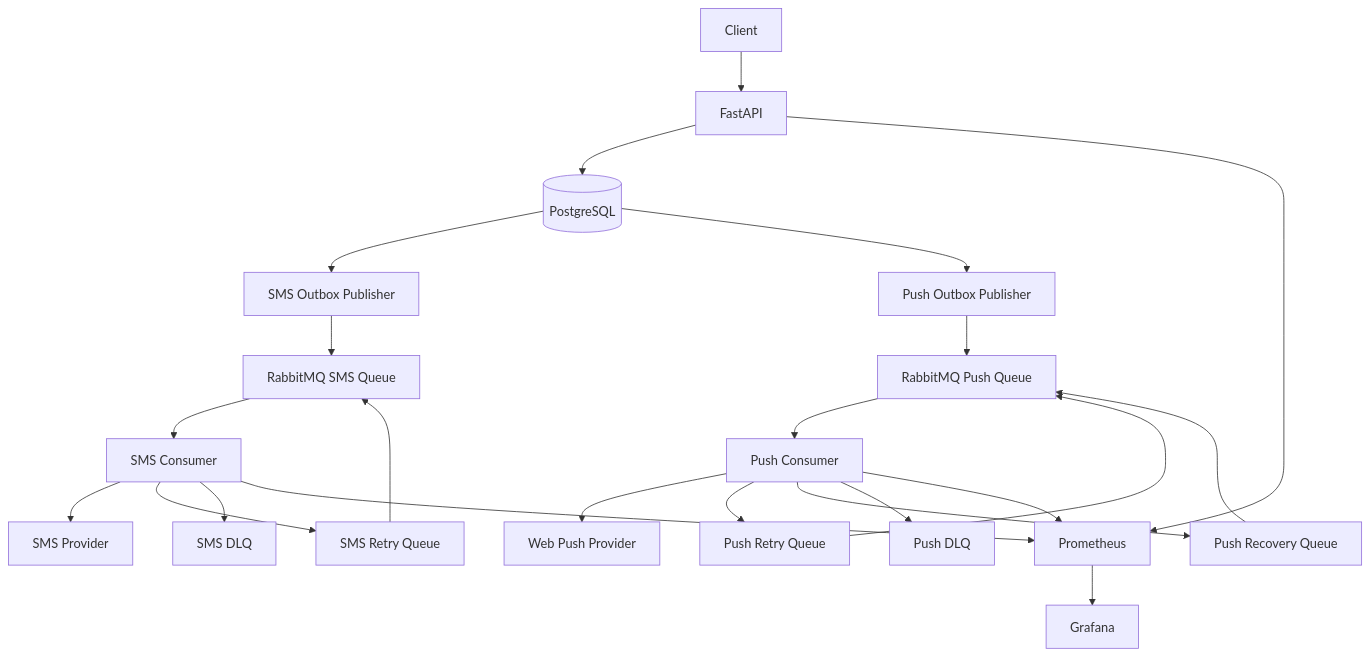
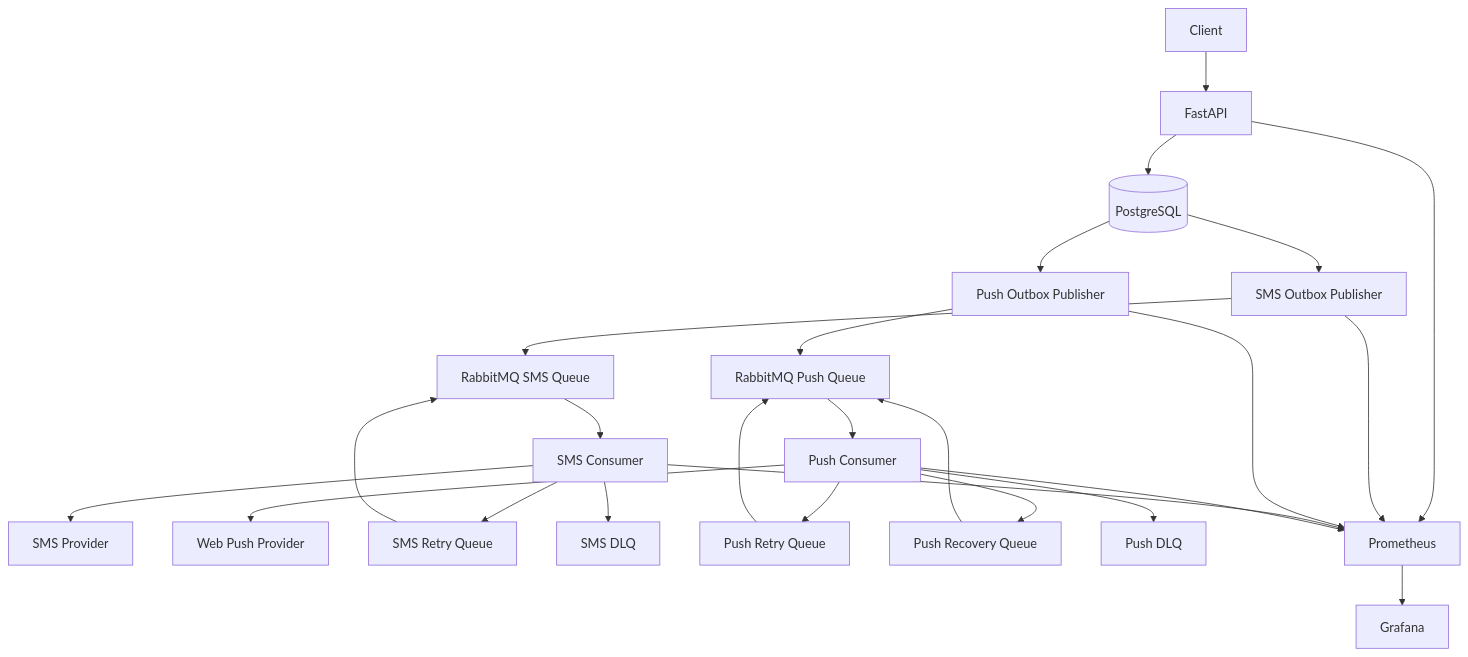
Before and after one commit to ishan4432/notifyflow: the diagram in README.md, drawn with Mermaid. The commit also changed other lines of this file, not shown here.

````diff
--- a/README.md
+++ b/README.md
@@ -32,31 +34,33 @@
 ```mermaid
 flowchart TD
     A[Client] --> B[FastAPI]
     B --> C[(PostgreSQL)]
     C --> D[SMS Outbox Publisher]
     C --> E[Push Outbox Publisher]
 
     D --> F[RabbitMQ SMS Queue]
     E --> G[RabbitMQ Push Queue]
 
     F --> H[SMS Consumer]
     G --> I[Push Consumer]
 
     H --> J[SMS Provider]
     I --> K[Web Push Provider]
 
     H --> L[SMS Retry Queue]
     L --> F
     H --> M[SMS DLQ]
 
     I --> N[Push Retry Queue]
     N --> G
     I --> O[Push Recovery Queue]
     O --> G
     I --> P[Push DLQ]
 
     B --> Q[Prometheus]
+    D --> Q
+    E --> Q
     H --> Q
     I --> Q
     Q --> R[Grafana]
 ```
````
